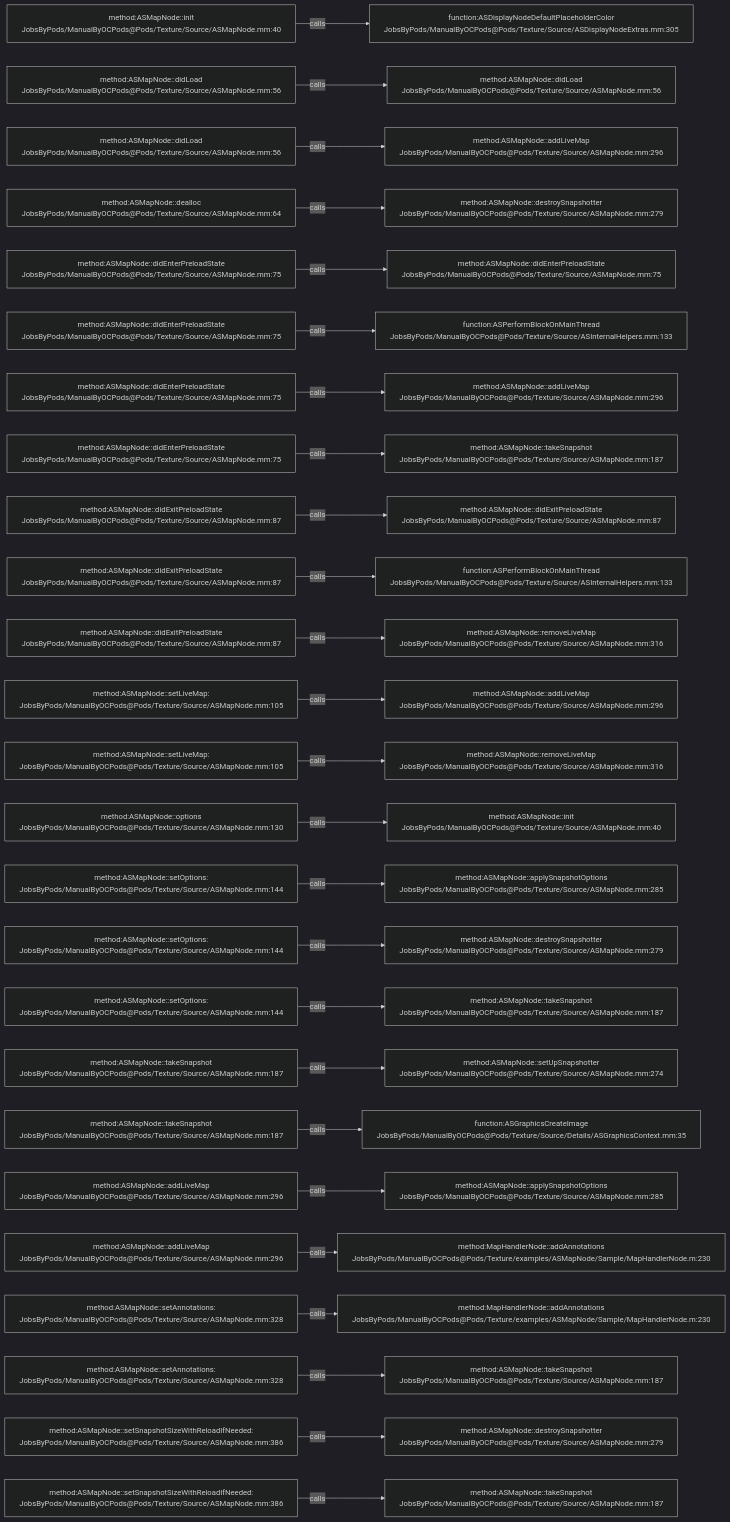
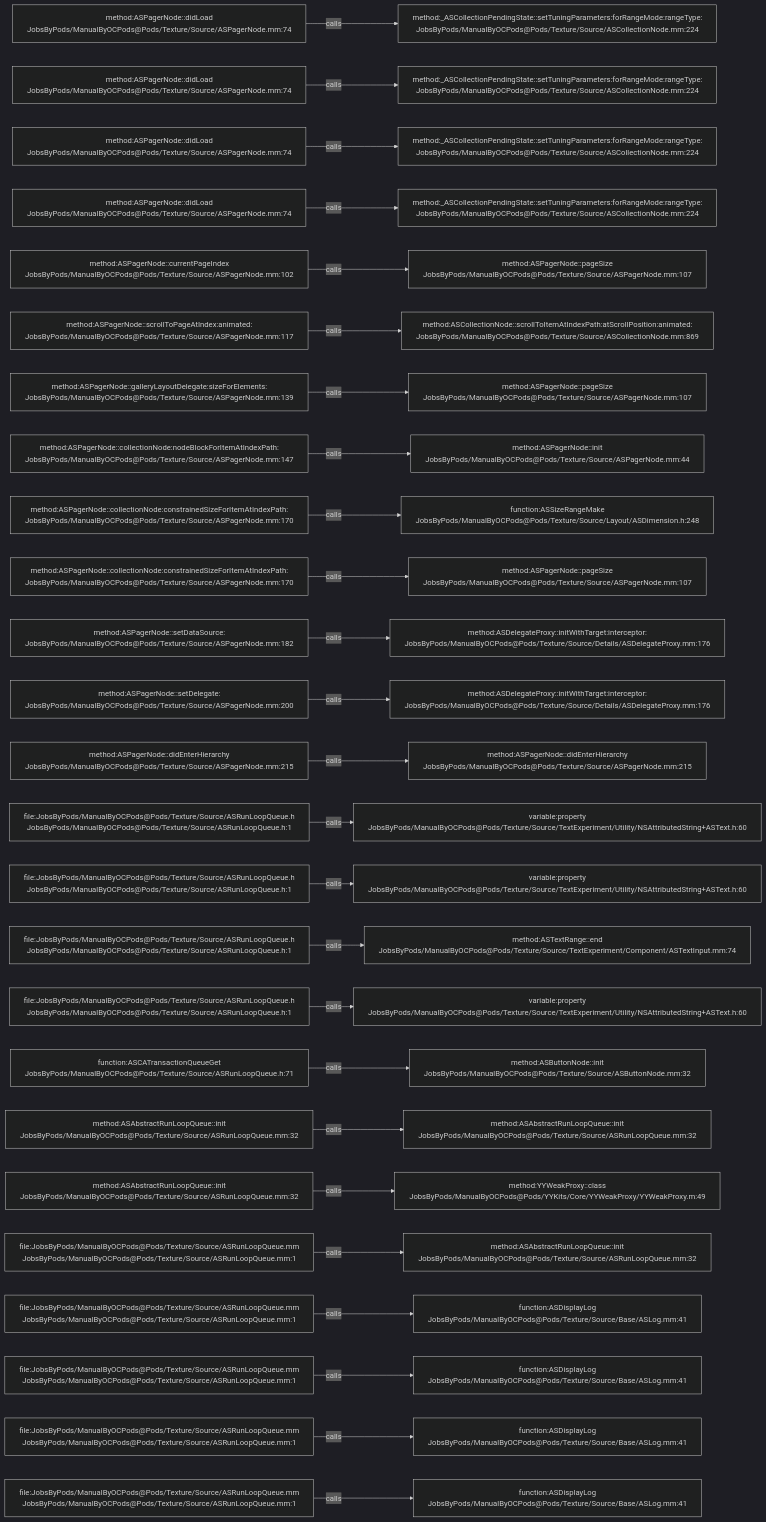
One commit to JobsKits/JobsOCBaseConfigDemo changed the diagram in .codegraph/codegraph.md/graphs/calls-105.md. Above: the diagram before and after it, drawn with Mermaid (dark theme). The commit also changed 2723 other files, not shown here.

````diff
--- a/.codegraph/codegraph.md/graphs/calls-105.md
+++ b/.codegraph/codegraph.md/graphs/calls-105.md
@@ -13,78 +13,78 @@
 ```mermaid
 flowchart LR
-  S1["method:ASMapNode::init<br/>JobsByPods/ManualByOCPods@Pods/Texture/Source/ASMapNode.mm:40"]
-  T1["function:ASDisplayNodeDefaultPlaceholderColor<br/>JobsByPods/ManualByOCPods@Pods/Texture/Source/ASDisplayNodeExtras.mm:305"]
+  S1["method:ASPagerNode::didLoad<br/>JobsByPods/ManualByOCPods@Pods/Texture/Source/ASPagerNode.mm:74"]
+  T1["method:_ASCollectionPendingState::setTuningParameters:forRangeMode:rangeType:<br/>JobsByPods/ManualByOCPods@Pods/Texture/Source/ASCollectionNode.mm:224"]
   S1 -->|calls| T1
-  S2["method:ASMapNode::didLoad<br/>JobsByPods/ManualByOCPods@Pods/Texture/Source/ASMapNode.mm:56"]
-  T2["method:ASMapNode::didLoad<br/>JobsByPods/ManualByOCPods@Pods/Texture/Source/ASMapNode.mm:56"]
+  S2["method:ASPagerNode::didLoad<br/>JobsByPods/ManualByOCPods@Pods/Texture/Source/ASPagerNode.mm:74"]
+  T2["method:_ASCollectionPendingState::setTuningParameters:forRangeMode:rangeType:<br/>JobsByPods/ManualByOCPods@Pods/Texture/Source/ASCollectionNode.mm:224"]
   S2 -->|calls| T2
-  S3["method:ASMapNode::didLoad<br/>JobsByPods/ManualByOCPods@Pods/Texture/Source/ASMapNode.mm:56"]
-  T3["method:ASMapNode::addLiveMap<br/>JobsByPods/ManualByOCPods@Pods/Texture/Source/ASMapNode.mm:296"]
+  S3["method:ASPagerNode::didLoad<br/>JobsByPods/ManualByOCPods@Pods/Texture/Source/ASPagerNode.mm:74"]
+  T3["method:_ASCollectionPendingState::setTuningParameters:forRangeMode:rangeType:<br/>JobsByPods/ManualByOCPods@Pods/Texture/Source/ASCollectionNode.mm:224"]
   S3 -->|calls| T3
-  S4["method:ASMapNode::dealloc<br/>JobsByPods/ManualByOCPods@Pods/Texture/Source/ASMapNode.mm:64"]
-  T4["method:ASMapNode::destroySnapshotter<br/>JobsByPods/ManualByOCPods@Pods/Texture/Source/ASMapNode.mm:279"]
+  S4["method:ASPagerNode::didLoad<br/>JobsByPods/ManualByOCPods@Pods/Texture/Source/ASPagerNode.mm:74"]
+  T4["method:_ASCollectionPendingState::setTuningParameters:forRangeMode:rangeType:<br/>JobsByPods/ManualByOCPods@Pods/Texture/Source/ASCollectionNode.mm:224"]
   S4 -->|calls| T4
-  S5["method:ASMapNode::didEnterPreloadState<br/>JobsByPods/ManualByOCPods@Pods/Texture/Source/ASMapNode.mm:75"]
-  T5["method:ASMapNode::didEnterPreloadState<br/>JobsByPods/ManualByOCPods@Pods/Texture/Source/ASMapNode.mm:75"]
+  S5["method:ASPagerNode::currentPageIndex<br/>JobsByPods/ManualByOCPods@Pods/Texture/Source/ASPagerNode.mm:102"]
+  T5["method:ASPagerNode::pageSize<br/>JobsByPods/ManualByOCPods@Pods/Texture/Source/ASPagerNode.mm:107"]
   S5 -->|calls| T5
-  S6["method:ASMapNode::didEnterPreloadState<br/>JobsByPods/ManualByOCPods@Pods/Texture/Source/ASMapNode.mm:75"]
-  T6["function:ASPerformBlockOnMainThread<br/>JobsByPods/ManualByOCPods@Pods/Texture/Source/ASInternalHelpers.mm:133"]
+  S6["method:ASPagerNode::scrollToPageAtIndex:animated:<br/>JobsByPods/ManualByOCPods@Pods/Texture/Source/ASPagerNode.mm:117"]
+  T6["method:ASCollectionNode::scrollToItemAtIndexPath:atScrollPosition:animated:<br/>JobsByPods/ManualByOCPods@Pods/Texture/Source/ASCollectionNode.mm:869"]
   S6 -->|calls| T6
-  S7["method:ASMapNode::didEnterPreloadState<br/>JobsByPods/ManualByOCPods@Pods/Texture/Source/ASMapNode.mm:75"]
-  T7["method:ASMapNode::addLiveMap<br/>JobsByPods/ManualByOCPods@Pods/Texture/Source/ASMapNode.mm:296"]
+  S7["method:ASPagerNode::galleryLayoutDelegate:sizeForElements:<br/>JobsByPods/ManualByOCPods@Pods/Texture/Source/ASPagerNode.mm:139"]
+  T7["method:ASPagerNode::pageSize<br/>JobsByPods/ManualByOCPods@Pods/Texture/Source/ASPagerNode.mm:107"]
   S7 -->|calls| T7
-  S8["method:ASMapNode::didEnterPreloadState<br/>JobsByPods/ManualByOCPods@Pods/Texture/Source/ASMapNode.mm:75"]
-  T8["method:ASMapNode::takeSnapshot<br/>JobsByPods/ManualByOCPods@Pods/Texture/Source/ASMapNode.mm:187"]
+  S8["method:ASPagerNode::collectionNode:nodeBlockForItemAtIndexPath:<br/>JobsByPods/ManualByOCPods@Pods/Texture/Source/ASPagerNode.mm:147"]
+  T8["method:ASPagerNode::init<br/>JobsByPods/ManualByOCPods@Pods/Texture/Source/ASPagerNode.mm:44"]
   S8 -->|calls| T8
-  S9["method:ASMapNode::didExitPreloadState<br/>JobsByPods/ManualByOCPods@Pods/Texture/Source/ASMapNode.mm:87"]
-  T9["method:ASMapNode::didExitPreloadState<br/>JobsByPods/ManualByOCPods@Pods/Texture/Source/ASMapNode.mm:87"]
+  S9["method:ASPagerNode::collectionNode:constrainedSizeForItemAtIndexPath:<br/>JobsByPods/ManualByOCPods@Pods/Texture/Source/ASPagerNode.mm:170"]
+  T9["function:ASSizeRangeMake<br/>JobsByPods/ManualByOCPods@Pods/Texture/Source/Layout/ASDimension.h:248"]
   S9 -->|calls| T9
-  S10["method:ASMapNode::didExitPreloadState<br/>JobsByPods/ManualByOCPods@Pods/Texture/Source/ASMapNode.mm:87"]
-  T10["function:ASPerformBlockOnMainThread<br/>JobsByPods/ManualByOCPods@Pods/Texture/Source/ASInternalHelpers.mm:133"]
+  S10["method:ASPagerNode::collectionNode:constrainedSizeForItemAtIndexPath:<br/>JobsByPods/ManualByOCPods@Pods/Texture/Source/ASPagerNode.mm:170"]
+  T10["method:ASPagerNode::pageSize<br/>JobsByPods/ManualByOCPods@Pods/Texture/Source/ASPagerNode.mm:107"]
   S10 -->|calls| T10
-  S11["method:ASMapNode::didExitPreloadState<br/>JobsByPods/ManualByOCPods@Pods/Texture/Source/ASMapNode.mm:87"]
-  T11["method:ASMapNode::removeLiveMap<br/>JobsByPods/ManualByOCPods@Pods/Texture/Source/ASMapNode.mm:316"]
+  S11["method:ASPagerNode::setDataSource:<br/>JobsByPods/ManualByOCPods@Pods/Texture/Source/ASPagerNode.mm:182"]
+  T11["method:ASDelegateProxy::initWithTarget:interceptor:<br/>JobsByPods/ManualByOCPods@Pods/Texture/Source/Details/ASDelegateProxy.mm:176"]
   S11 -->|calls| T11
-  S12["method:ASMapNode::setLiveMap:<br/>JobsByPods/ManualByOCPods@Pods/Texture/Source/ASMapNode.mm:105"]
-  T12["method:ASMapNode::addLiveMap<br/>JobsByPods/ManualByOCPods@Pods/Texture/Source/ASMapNode.mm:296"]
+  S12["method:ASPagerNode::setDelegate:<br/>JobsByPods/ManualByOCPods@Pods/Texture/Source/ASPagerNode.mm:200"]
+  T12["method:ASDelegateProxy::initWithTarget:interceptor:<br/>JobsByPods/ManualByOCPods@Pods/Texture/Source/Details/ASDelegateProxy.mm:176"]
   S12 -->|calls| T12
-  S13["method:ASMapNode::setLiveMap:<br/>JobsByPods/ManualByOCPods@Pods/Texture/Source/ASMapNode.mm:105"]
-  T13["method:ASMapNode::removeLiveMap<br/>JobsByPods/ManualByOCPods@Pods/Texture/Source/ASMapNode.mm:316"]
+  S13["method:ASPagerNode::didEnterHierarchy<br/>JobsByPods/ManualByOCPods@Pods/Texture/Source/ASPagerNode.mm:215"]
+  T13["method:ASPagerNode::didEnterHierarchy<br/>JobsByPods/ManualByOCPods@Pods/Texture/Source/ASPagerNode.mm:215"]
   S13 -->|calls| T13
-  S14["method:ASMapNode::options<br/>JobsByPods/ManualByOCPods@Pods/Texture/Source/ASMapNode.mm:130"]
-  T14["method:ASMapNode::init<br/>JobsByPods/ManualByOCPods@Pods/Texture/Source/ASMapNode.mm:40"]
+  S14["file:JobsByPods/ManualByOCPods@Pods/Texture/Source/ASRunLoopQueue.h<br/>JobsByPods/ManualByOCPods@Pods/Texture/Source/ASRunLoopQueue.h:1"]
+  T14["variable:property<br/>JobsByPods/ManualByOCPods@Pods/Texture/Source/TextExperiment/Utility/NSAttributedString+ASText.h:60"]
   S14 -->|calls| T14
-  S15["method:ASMapNode::setOptions:<br/>JobsByPods/ManualByOCPods@Pods/Texture/Source/ASMapNode.mm:144"]
-  T15["method:ASMapNode::applySnapshotOptions<br/>JobsByPods/ManualByOCPods@Pods/Texture/Source/ASMapNode.mm:285"]
+  S15["file:JobsByPods/ManualByOCPods@Pods/Texture/Source/ASRunLoopQueue.h<br/>JobsByPods/ManualByOCPods@Pods/Texture/Source/ASRunLoopQueue.h:1"]
+  T15["variable:property<br/>JobsByPods/ManualByOCPods@Pods/Texture/Source/TextExperiment/Utility/NSAttributedString+ASText.h:60"]
   S15 -->|calls| T15
-  S16["method:ASMapNode::setOptions:<br/>JobsByPods/ManualByOCPods@Pods/Texture/Source/ASMapNode.mm:144"]
-  T16["method:ASMapNode::destroySnapshotter<br/>JobsByPods/ManualByOCPods@Pods/Texture/Source/ASMapNode.mm:279"]
+  S16["file:JobsByPods/ManualByOCPods@Pods/Texture/Source/ASRunLoopQueue.h<br/>JobsByPods/ManualByOCPods@Pods/Texture/Source/ASRunLoopQueue.h:1"]
+  T16["method:ASTextRange::end<br/>JobsByPods/ManualByOCPods@Pods/Texture/Source/TextExperiment/Component/ASTextInput.mm:74"]
   S16 -->|calls| T16
-  S17["method:ASMapNode::setOptions:<br/>JobsByPods/ManualByOCPods@Pods/Texture/Source/ASMapNode.mm:144"]
-  T17["method:ASMapNode::takeSnapshot<br/>JobsByPods/ManualByOCPods@Pods/Texture/Source/ASMapNode.mm:187"]
+  S17["file:JobsByPods/ManualByOCPods@Pods/Texture/Source/ASRunLoopQueue.h<br/>JobsByPods/ManualByOCPods@Pods/Texture/Source/ASRunLoopQueue.h:1"]
+  T17["variable:property<br/>JobsByPods/ManualByOCPods@Pods/Texture/Source/TextExperiment/Utility/NSAttributedString+ASText.h:60"]
   S17 -->|calls| T17
-  S18["method:ASMapNode::takeSnapshot<br/>JobsByPods/ManualByOCPods@Pods/Texture/Source/ASMapNode.mm:187"]
-  T18["method:ASMapNode::setUpSnapshotter<br/>JobsByPods/ManualByOCPods@Pods/Texture/Source/ASMapNode.mm:274"]
+  S18["function:ASCATransactionQueueGet<br/>JobsByPods/ManualByOCPods@Pods/Texture/Source/ASRunLoopQueue.h:71"]
+  T18["method:ASButtonNode::init<br/>JobsByPods/ManualByOCPods@Pods/Texture/Source/ASButtonNode.mm:32"]
   S18 -->|calls| T18
-  S19["method:ASMapNode::takeSnapshot<br/>JobsByPods/ManualByOCPods@Pods/Texture/Source/ASMapNode.mm:187"]
-  T19["function:ASGraphicsCreateImage<br/>JobsByPods/ManualByOCPods@Pods/Texture/Source/Details/ASGraphicsContext.mm:35"]
+  S19["method:ASAbstractRunLoopQueue::init<br/>JobsByPods/ManualByOCPods@Pods/Texture/Source/ASRunLoopQueue.mm:32"]
+  T19["method:ASAbstractRunLoopQueue::init<br/>JobsByPods/ManualByOCPods@Pods/Texture/Source/ASRunLoopQueue.mm:32"]
   S19 -->|calls| T19
-  S20["method:ASMapNode::addLiveMap<br/>JobsByPods/ManualByOCPods@Pods/Texture/Source/ASMapNode.mm:296"]
-  T20["method:ASMapNode::applySnapshotOptions<br/>JobsByPods/ManualByOCPods@Pods/Texture/Source/ASMapNode.mm:285"]
+  S20["method:ASAbstractRunLoopQueue::init<br/>JobsByPods/ManualByOCPods@Pods/Texture/Source/ASRunLoopQueue.mm:32"]
+  T20["method:YYWeakProxy::class<br/>JobsByPods/ManualByOCPods@Pods/YYKits/Core/YYWeakProxy/YYWeakProxy.m:49"]
   S20 -->|calls| T20
-  S21["method:ASMapNode::addLiveMap<br/>JobsByPods/ManualByOCPods@Pods/Texture/Source/ASMapNode.mm:296"]
-  T21["method:MapHandlerNode::addAnnotations<br/>JobsByPods/ManualByOCPods@Pods/Texture/examples/ASMapNode/Sample/MapHandlerNode.m:230"]
+  S21["file:JobsByPods/ManualByOCPods@Pods/Texture/Source/ASRunLoopQueue.mm<br/>JobsByPods/ManualByOCPods@Pods/Texture/Source/ASRunLoopQueue.mm:1"]
+  T21["method:ASAbstractRunLoopQueue::init<br/>JobsByPods/ManualByOCPods@Pods/Texture/Source/ASRunLoopQueue.mm:32"]
   S21 -->|calls| T21
-  S22["method:ASMapNode::setAnnotations:<br/>JobsByPods/ManualByOCPods@Pods/Texture/Source/ASMapNode.mm:328"]
-  T22["method:MapHandlerNode::addAnnotations<br/>JobsByPods/ManualByOCPods@Pods/Texture/examples/ASMapNode/Sample/MapHandlerNode.m:230"]
+  S22["file:JobsByPods/ManualByOCPods@Pods/Texture/Source/ASRunLoopQueue.mm<br/>JobsByPods/ManualByOCPods@Pods/Texture/Source/ASRunLoopQueue.mm:1"]
+  T22["function:ASDisplayLog<br/>JobsByPods/ManualByOCPods@Pods/Texture/Source/Base/ASLog.mm:41"]
   S22 -->|calls| T22
-  S23["method:ASMapNode::setAnnotations:<br/>JobsByPods/ManualByOCPods@Pods/Texture/Source/ASMapNode.mm:328"]
-  T23["method:ASMapNode::takeSnapshot<br/>JobsByPods/ManualByOCPods@Pods/Texture/Source/ASMapNode.mm:187"]
+  S23["file:JobsByPods/ManualByOCPods@Pods/Texture/Source/ASRunLoopQueue.mm<br/>JobsByPods/ManualByOCPods@Pods/Texture/Source/ASRunLoopQueue.mm:1"]
+  T23["function:ASDisplayLog<br/>JobsByPods/ManualByOCPods@Pods/Texture/Source/Base/ASLog.mm:41"]
   S23 -->|calls| T23
-  S24["method:ASMapNode::setSnapshotSizeWithReloadIfNeeded:<br/>JobsByPods/ManualByOCPods@Pods/Texture/Source/ASMapNode.mm:386"]
-  T24["method:ASMapNode::destroySnapshotter<br/>JobsByPods/ManualByOCPods@Pods/Texture/Source/ASMapNode.mm:279"]
+  S24["file:JobsByPods/ManualByOCPods@Pods/Texture/Source/ASRunLoopQueue.mm<br/>JobsByPods/ManualByOCPods@Pods/Texture/Source/ASRunLoopQueue.mm:1"]
+  T24["function:ASDisplayLog<br/>JobsByPods/ManualByOCPods@Pods/Texture/Source/Base/ASLog.mm:41"]
   S24 -->|calls| T24
-  S25["method:ASMapNode::setSnapshotSizeWithReloadIfNeeded:<br/>JobsByPods/ManualByOCPods@Pods/Texture/Source/ASMapNode.mm:386"]
-  T25["method:ASMapNode::takeSnapshot<br/>JobsByPods/ManualByOCPods@Pods/Texture/Source/ASMapNode.mm:187"]
+  S25["file:JobsByPods/ManualByOCPods@Pods/Texture/Source/ASRunLoopQueue.mm<br/>JobsByPods/ManualByOCPods@Pods/Texture/Source/ASRunLoopQueue.mm:1"]
+  T25["function:ASDisplayLog<br/>JobsByPods/ManualByOCPods@Pods/Texture/Source/Base/ASLog.mm:41"]
   S25 -->|calls| T25
 ```
````
